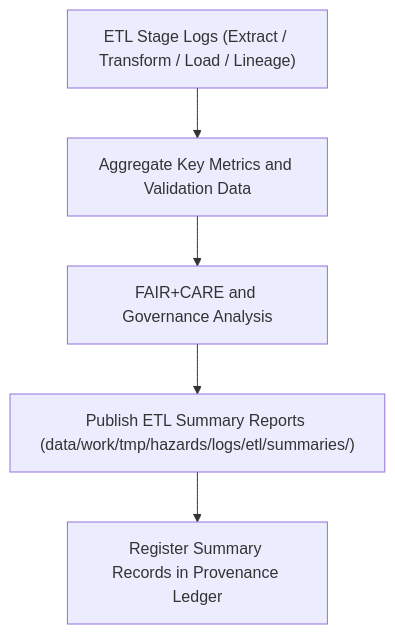
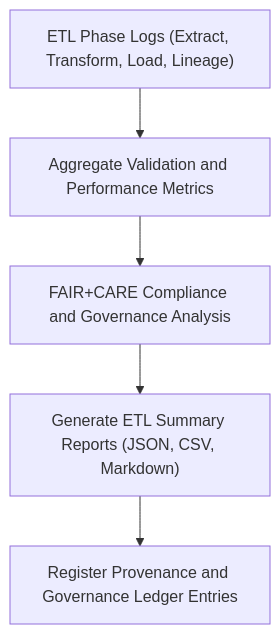
The diagram in data/work/tmp/hazards/logs/etl/summaries/README.md (bartytime4life/Kansas-Frontier-Matrix), drawn with Mermaid before and after one commit. The commit also changed other lines of this file, not shown here.

````diff
--- a/data/work/tmp/hazards/logs/etl/summaries/README.md
+++ b/data/work/tmp/hazards/logs/etl/summaries/README.md
@@ -65,7 +66,7 @@
 ```mermaid
 flowchart TD
-    A["ETL Stage Logs (Extract / Transform / Load / Lineage)"] --> B["Aggregate Key Metrics and Validation Data"]
-    B --> C["FAIR+CARE and Governance Analysis"]
-    C --> D["Publish ETL Summary Reports (data/work/tmp/hazards/logs/etl/summaries/)"]
-    D --> E["Register Summary Records in Provenance Ledger"]
+    A["ETL Phase Logs (Extract, Transform, Load, Lineage)"] --> B["Aggregate Validation and Performance Metrics"]
+    B --> C["FAIR+CARE Compliance and Governance Analysis"]
+    C --> D["Generate ETL Summary Reports (JSON, CSV, Markdown)"]
+    D --> E["Register Provenance and Governance Ledger Entries"]
 ```
````
